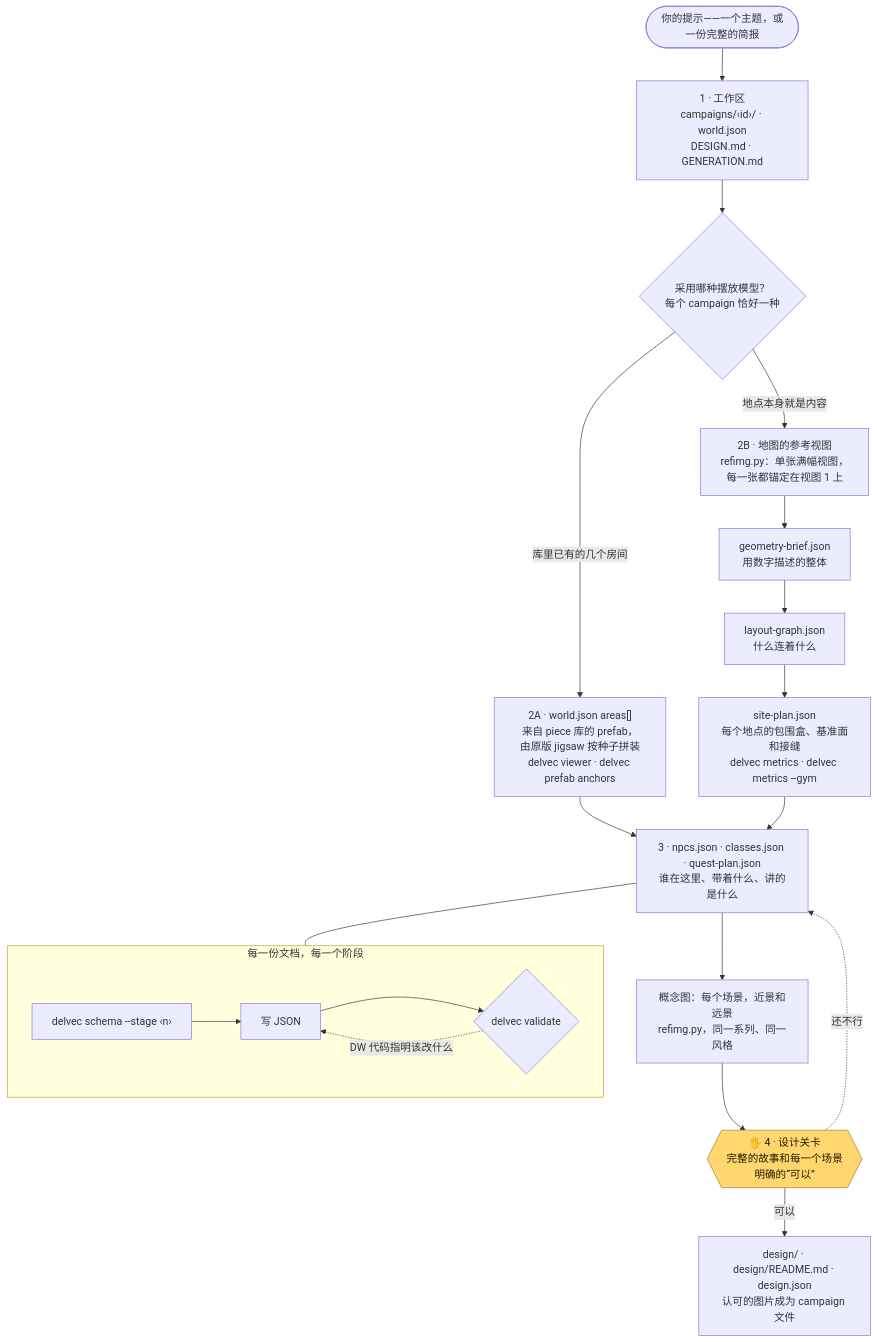
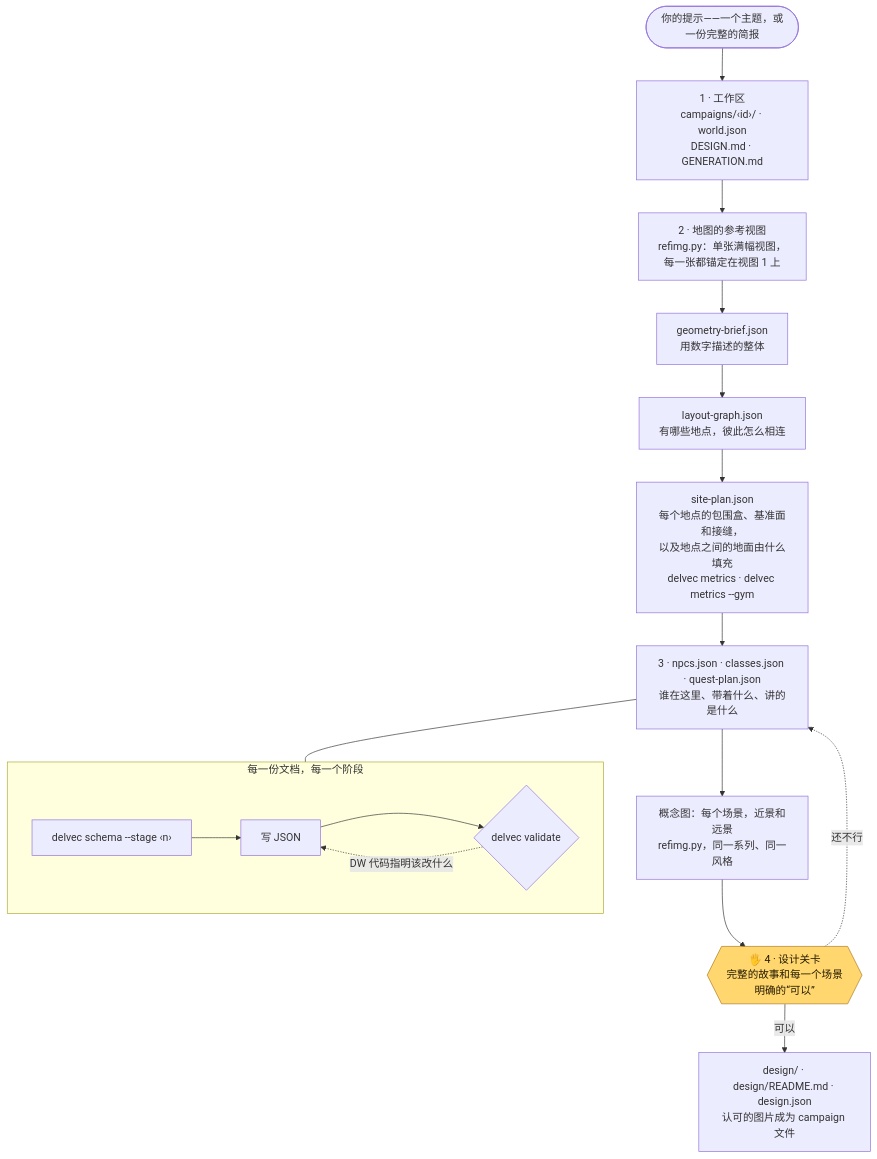
Before and after one commit to stellarfeline/delvewright: the third of 9 diagrams in docs/how-it-works.zh-CN.md, drawn with Mermaid. The commit also changed other lines of this file and 1 other file, not shown here.

First line of the commit message:
docs(how-it-works): every map is a site plan (ADR-0032)

````diff
--- a/docs/how-it-works.zh-CN.md
+++ b/docs/how-it-works.zh-CN.md
@@ -53,28 +53,25 @@
 ```mermaid
 flowchart TD
     P(["你的提示——一个主题，或一份完整的简报"]) --> WS["1 · 工作区<br/>campaigns/‹id›/ · world.json<br/>DESIGN.md · GENERATION.md"]
-    WS --> PICK{"采用哪种摆放模型？<br/>每个 campaign 恰好一种"}
-    PICK -->|"库里已有的几个房间"| AR["2A · world.json areas[]<br/>来自 piece 库的 prefab，<br/>由原版 jigsaw 按种子拼装<br/>delvec viewer · delvec prefab anchors"]
-    PICK -->|"地点本身就是内容"| MR["2B · 地图的参考视图<br/>refimg.py：单张满幅视图，<br/>每一张都锚定在视图 1 上"]
+    WS --> MR["2 · 地图的参考视图<br/>refimg.py：单张满幅视图，<br/>每一张都锚定在视图 1 上"]
     MR --> GB["geometry-brief.json<br/>用数字描述的整体"]
-    GB --> LG["layout-graph.json<br/>什么连着什么"]
-    LG --> SP["site-plan.json<br/>每个地点的包围盒、基准面和接缝<br/>delvec metrics · delvec metrics --gym"]
-    AR --> ST
+    GB --> LG["layout-graph.json<br/>有哪些地点，彼此怎么相连"]
+    LG --> SP["site-plan.json<br/>每个地点的包围盒、基准面和接缝，<br/>以及地点之间的地面由什么填充<br/>delvec metrics · delvec metrics --gym"]
     SP --> ST
 
     subgraph LOOP ["每一份文档，每一个阶段"]
         direction LR
         SCH["delvec schema --stage ‹n›"] --> WR["写 JSON"]
         WR --> VAL{"delvec validate"}
         VAL -.->|"DW 代码指明该改什么"| WR
     end
 
     ST["3 · npcs.json · classes.json · quest-plan.json<br/>谁在这里、带着什么、讲的是什么"]
     ST --- LOOP
     ST --> CA["概念图：每个场景，近景和远景<br/>refimg.py，同一系列、同一风格"]
     CA --> GATE{{"🖐 4 · 设计关卡<br/>完整的故事和每一个场景<br/>明确的“可以”"}}:::human
     GATE -.->|"还不行"| ST
     GATE -->|"可以"| DJ["design/ · design/README.md · design.json<br/>认可的图片成为 campaign 文件"]
 
     classDef human fill:#ffd76e,stroke:#a9761a,color:#241a00
 ```
````
